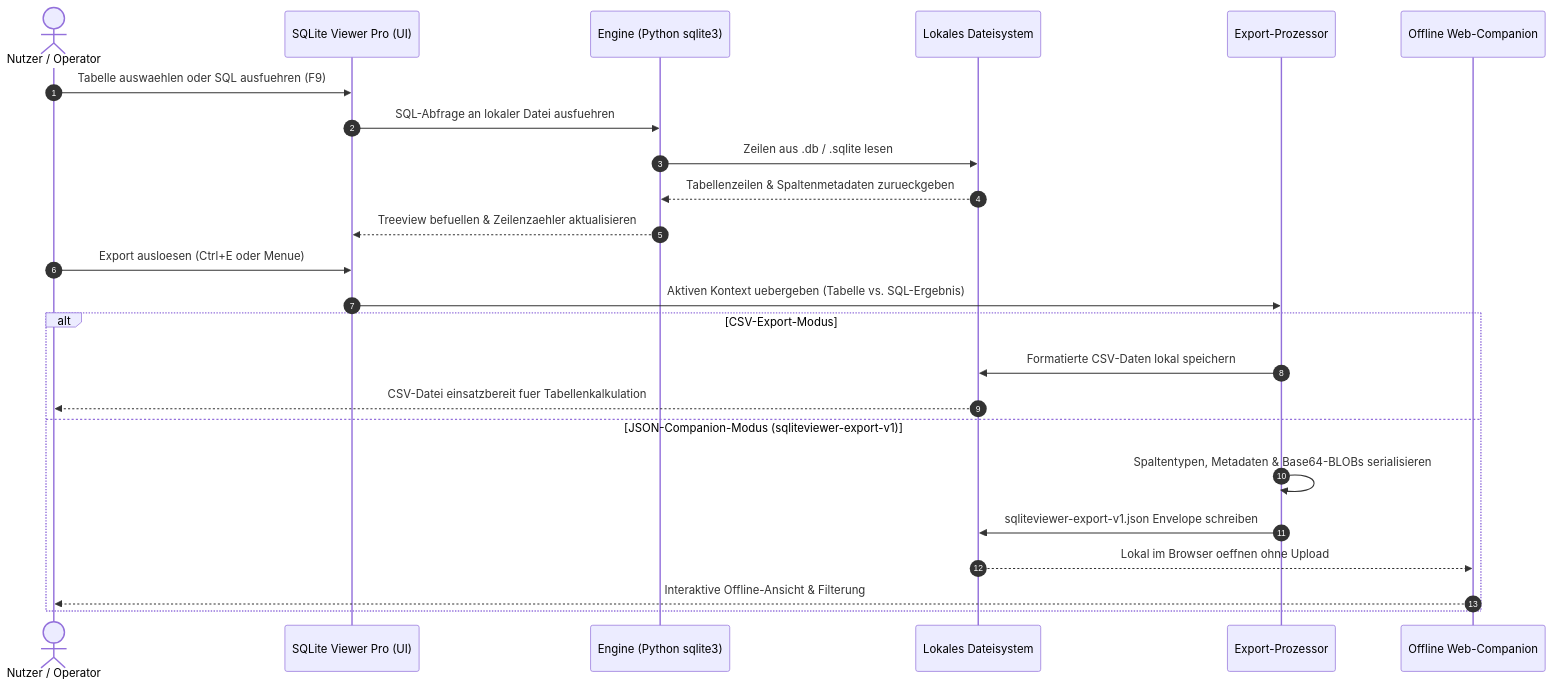
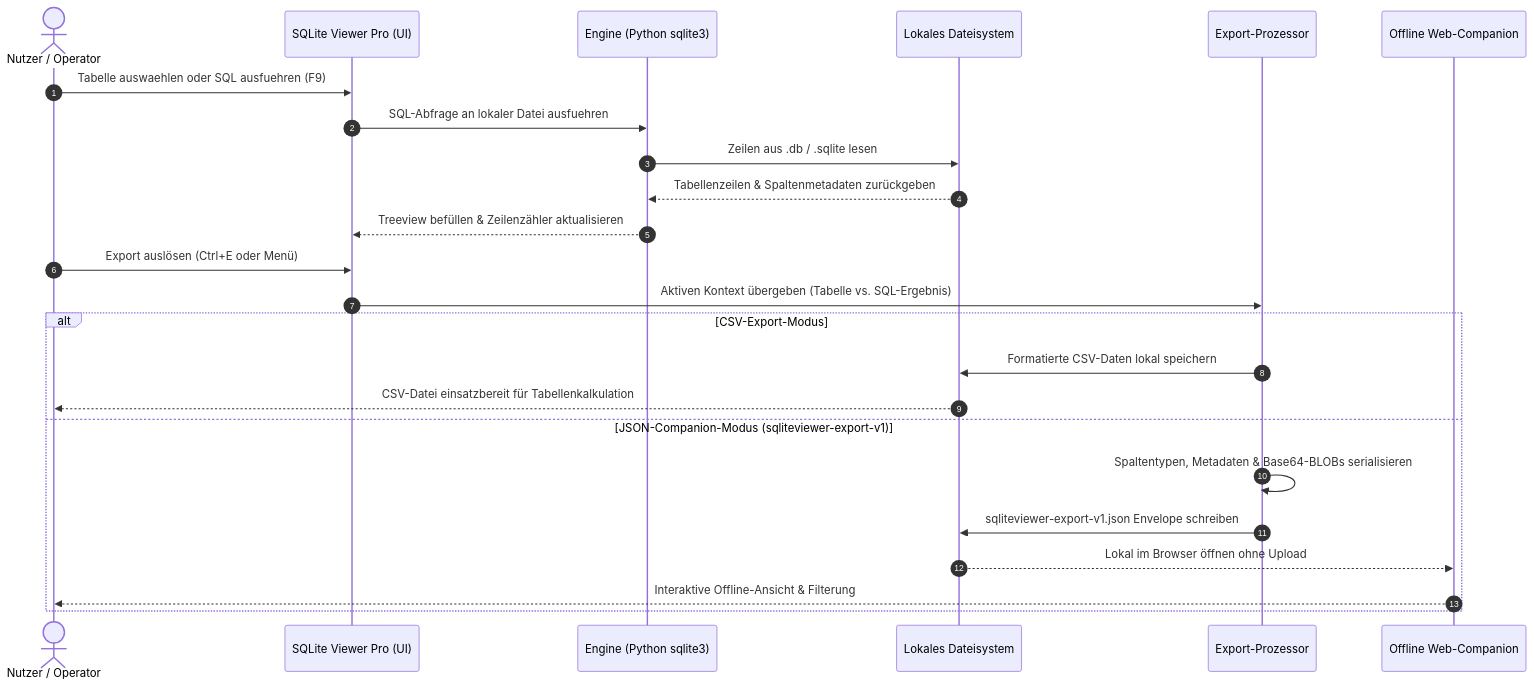
Before and after one commit to file-bricks/SQLiteViewer: the second of 2 diagrams in README_de.md, drawn with Mermaid. The commit also changed 2 other files, not shown here.

Commit message:
i18n: harmonisiere GUI-Docstrings, Sequenzdiagramme und Dokumentation auf native Umlaute

````diff
--- a/README_de.md
+++ b/README_de.md
@@ -192,28 +192,28 @@
 ```mermaid
 sequenceDiagram
     autonumber
     actor User as Nutzer / Operator
     participant UI as SQLite Viewer Pro (UI)
     participant Core as Engine (Python sqlite3)
     participant Disk as Lokales Dateisystem
     participant Exp as Export-Prozessor
     participant Comp as Offline Web-Companion
 
     User->>UI: Tabelle auswaehlen oder SQL ausfuehren (F9)
     UI->>Core: SQL-Abfrage an lokaler Datei ausfuehren
     Core->>Disk: Zeilen aus .db / .sqlite lesen
-    Disk-->>Core: Tabellenzeilen & Spaltenmetadaten zurueckgeben
-    Core-->>UI: Treeview befuellen & Zeilenzaehler aktualisieren
+    Disk-->>Core: Tabellenzeilen & Spaltenmetadaten zurückgeben
+    Core-->>UI: Treeview befüllen & Zeilenzähler aktualisieren
 
-    User->>UI: Export ausloesen (Ctrl+E oder Menue)
-    UI->>Exp: Aktiven Kontext uebergeben (Tabelle vs. SQL-Ergebnis)
+    User->>UI: Export auslösen (Ctrl+E oder Menü)
+    UI->>Exp: Aktiven Kontext übergeben (Tabelle vs. SQL-Ergebnis)
     alt CSV-Export-Modus
         Exp->>Disk: Formatierte CSV-Daten lokal speichern
-        Disk-->>User: CSV-Datei einsatzbereit fuer Tabellenkalkulation
+        Disk-->>User: CSV-Datei einsatzbereit für Tabellenkalkulation
     else JSON-Companion-Modus (sqliteviewer-export-v1)
         Exp->>Exp: Spaltentypen, Metadaten & Base64-BLOBs serialisieren
         Exp->>Disk: sqliteviewer-export-v1.json Envelope schreiben
-        Disk-->>Comp: Lokal im Browser oeffnen ohne Upload
+        Disk-->>Comp: Lokal im Browser öffnen ohne Upload
         Comp-->>User: Interaktive Offline-Ansicht & Filterung
     end
 ```
````
